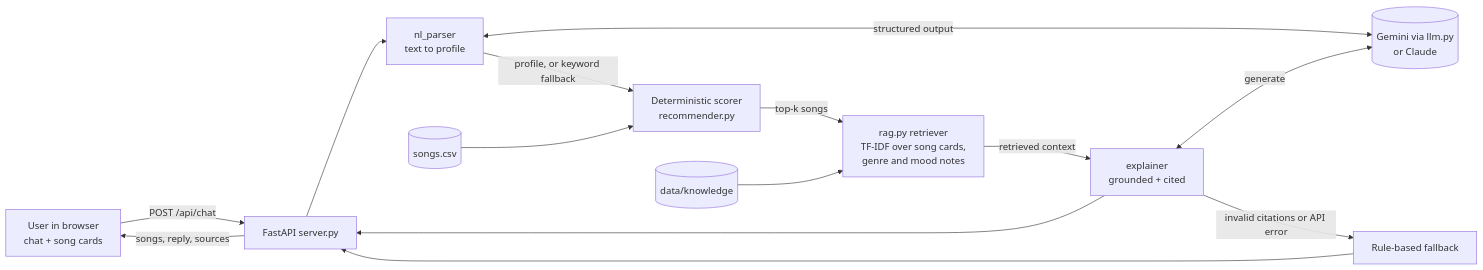
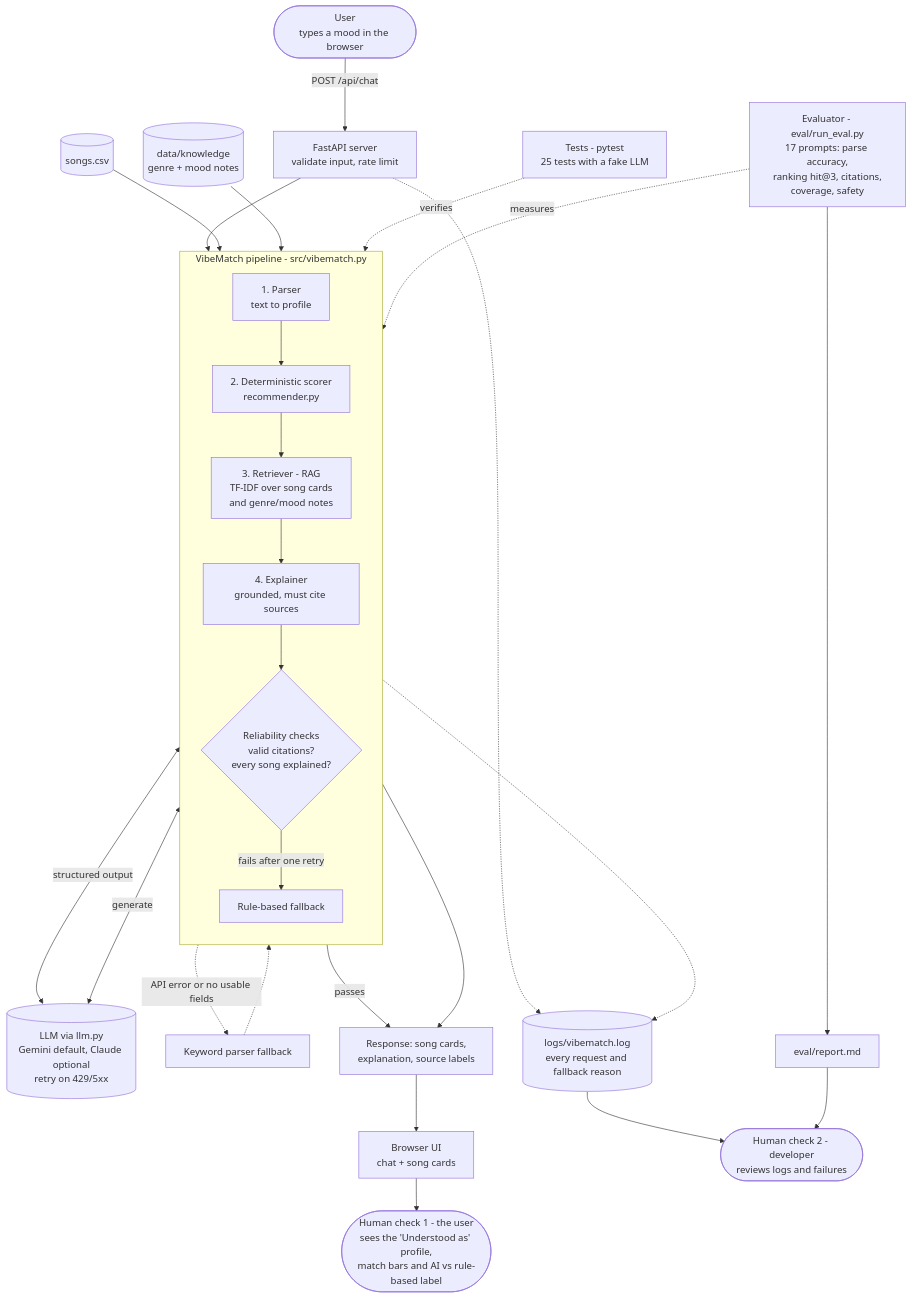
One commit to RiyaKumbhar/applied-ai-system-project changed the diagram in diagrams/architecture.mmd. Above: the diagram before and after it, drawn with Mermaid. The commit also changed 7 other files, not shown here.

Commit message:
Add completeness retry to explainer, Gemini retry/backoff, eval harness, full architecture diagram

```diff
--- a/diagrams/architecture.mmd
+++ b/diagrams/architecture.mmd
@@ -1,14 +1,39 @@
-flowchart LR
-    U[User in browser<br/>chat + song cards] -->|POST /api/chat| API[FastAPI server.py]
-    API --> P[nl_parser<br/>text to profile]
-    P <-->|structured output| LLM[(Gemini via llm.py<br/>or Claude)]
-    P -->|profile, or keyword fallback| S[Deterministic scorer<br/>recommender.py]
+flowchart TD
+    %% ---------- Input ----------
+    U([User<br/>types a mood in the browser]) -->|POST /api/chat| API[FastAPI server<br/>validate input, rate limit]
+
+    %% ---------- Process ----------
+    subgraph PIPE[VibeMatch pipeline - src/vibematch.py]
+        direction TB
+        P[1. Parser<br/>text to profile]
+        S[2. Deterministic scorer<br/>recommender.py]
+        R[3. Retriever - RAG<br/>TF-IDF over song cards<br/>and genre/mood notes]
+        E[4. Explainer<br/>grounded, must cite sources]
+        C{Reliability checks<br/>valid citations?<br/>every song explained?}
+        FB[Rule-based fallback]
+        P --> S --> R --> E --> C
+        C -->|fails after one retry| FB
+    end
+    API --> P
     D[(songs.csv)] --> S
-    S -->|top-k songs| R[rag.py retriever<br/>TF-IDF over song cards,<br/>genre and mood notes]
-    K[(data/knowledge)] --> R
-    R -->|retrieved context| E[explainer<br/>grounded + cited]
+    K[(data/knowledge<br/>genre + mood notes)] --> R
+    P <-->|structured output| LLM[(LLM via llm.py<br/>Gemini default, Claude optional<br/>retry on 429/5xx)]
     E <-->|generate| LLM
-    E -->|invalid citations or API error| F[Rule-based fallback]
-    E --> API
-    F --> API
-    API -->|songs, reply, sources| U
+    P -.->|API error or no usable fields| KW[Keyword parser fallback]
+    KW -.-> S
+
+    %% ---------- Output ----------
+    C -->|passes| OUT[Response: song cards,<br/>explanation, source labels]
+    FB --> OUT
+    OUT --> UI[Browser UI<br/>chat + song cards]
+
+    %% ---------- Human + testing checks ----------
+    UI --> H1([Human check 1 - the user<br/>sees the 'Understood as' profile,<br/>match bars and AI vs rule-based label])
+    LOG[(logs/vibematch.log<br/>every request and fallback reason)]
+    PIPE -.-> LOG
+    API -.-> LOG
+    LOG --> H2([Human check 2 - developer<br/>reviews logs and failures])
+    T[Tests - pytest<br/>25 tests with a fake LLM] -.->|verifies| PIPE
+    EV[Evaluator - eval/run_eval.py<br/>17 prompts: parse accuracy,<br/>ranking hit@3, citations,<br/>coverage, safety] -.->|measures| PIPE
+    EV --> REP[eval/report.md]
+    REP --> H2
```
